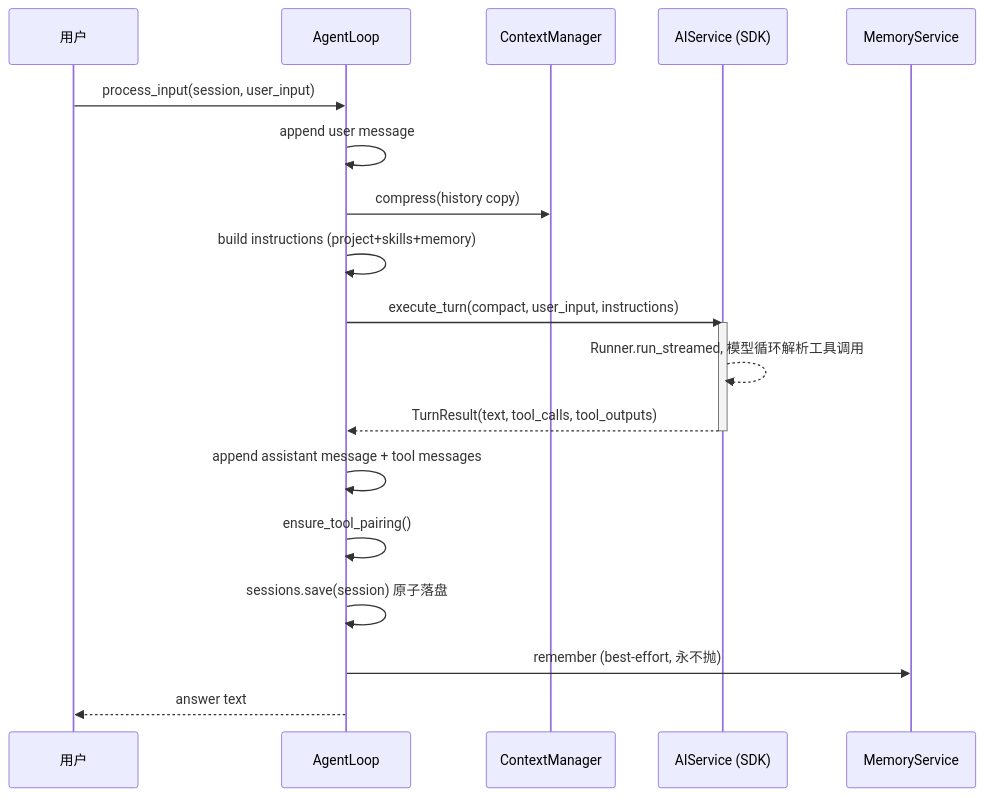
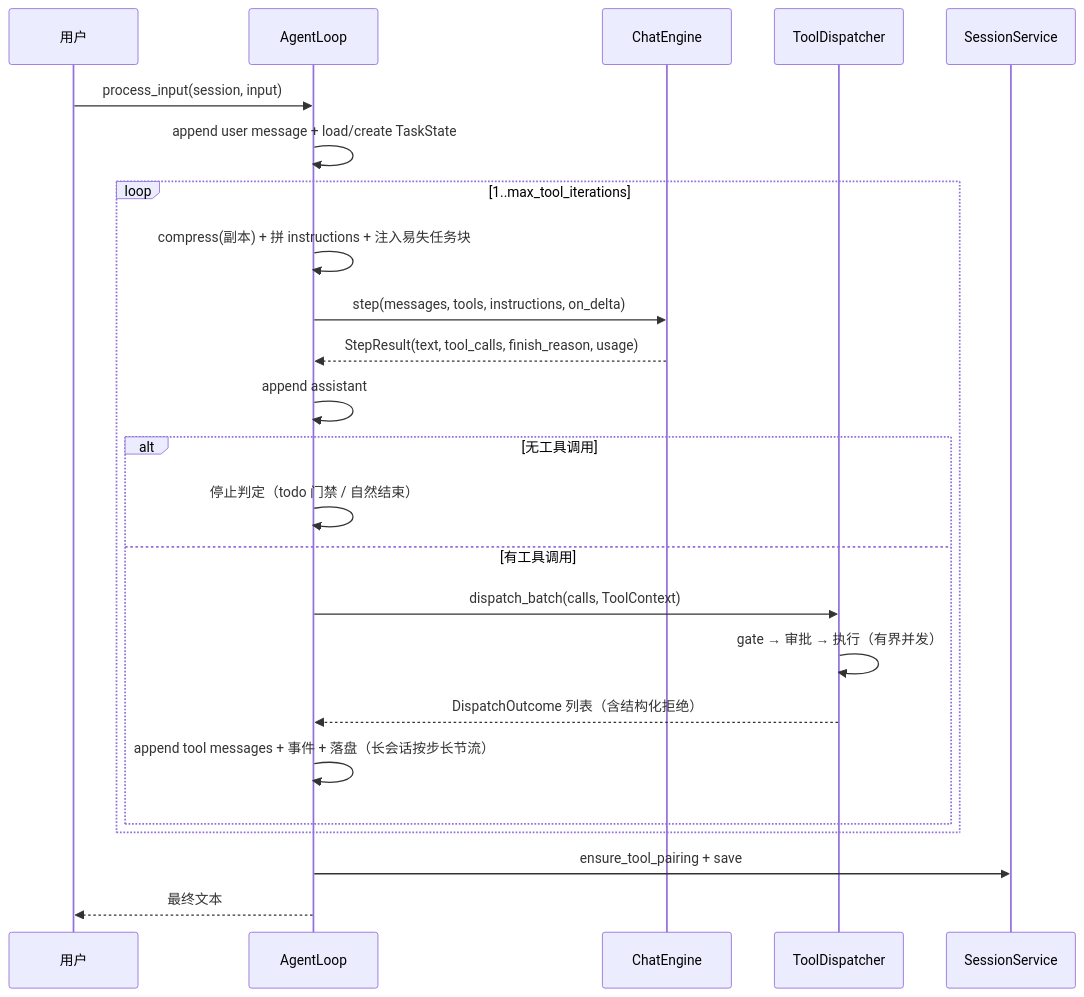
The diagram in docs/architecture.md (linsir2/ai-coding), drawn with Mermaid before and after one commit. The commit also changed other lines of this file and 5 other files, not shown here.

````diff
--- a/docs/architecture.md
+++ b/docs/architecture.md
@@ -76,22 +88,27 @@
 ```mermaid
 sequenceDiagram
     participant U as 用户
     participant L as AgentLoop
-    participant C as ContextManager
-    participant A as AIService (SDK)
-    participant M as MemoryService
-    U->>L: process_input(session, user_input)
-    L->>L: append user message
-    L->>C: compress(history copy)
-    L->>L: build instructions (project+skills+memory)
-    L->>A: execute_turn(compact, user_input, instructions)
-    activate A
-    A-->>A: Runner.run_streamed, 模型循环解析工具调用
-    A-->>L: TurnResult(text, tool_calls, tool_outputs)
-    deactivate A
-    L->>L: append assistant message + tool messages
-    L->>L: ensure_tool_pairing()
-    L->>L: sessions.save(session)  原子落盘
-    L->>M: remember (best-effort, 永不抛)
-    L-->>U: answer text
+    participant E as ChatEngine
+    participant D as ToolDispatcher
+    participant S as SessionService
+
+    U->>L: process_input(session, input)
+    L->>L: append user message + load/create TaskState
+    loop 1..max_tool_iterations
+        L->>L: compress(副本) + 拼 instructions + 注入易失任务块
+        L->>E: step(messages, tools, instructions, on_delta)
+        E-->>L: StepResult(text, tool_calls, finish_reason, usage)
+        L->>L: append assistant
+        alt 无工具调用
+            L->>L: 停止判定（todo 门禁 / 自然结束）
+        else 有工具调用
+            L->>D: dispatch_batch(calls, ToolContext)
+            D->>D: gate → 审批 → 执行（有界并发）
+            D-->>L: DispatchOutcome 列表（含结构化拒绝）
+            L->>L: append tool messages + 事件 + 落盘（长会话按步长节流）
+        end
+    end
+    L->>S: ensure_tool_pairing + save
+    L-->>U: 最终文本
 ```
````
